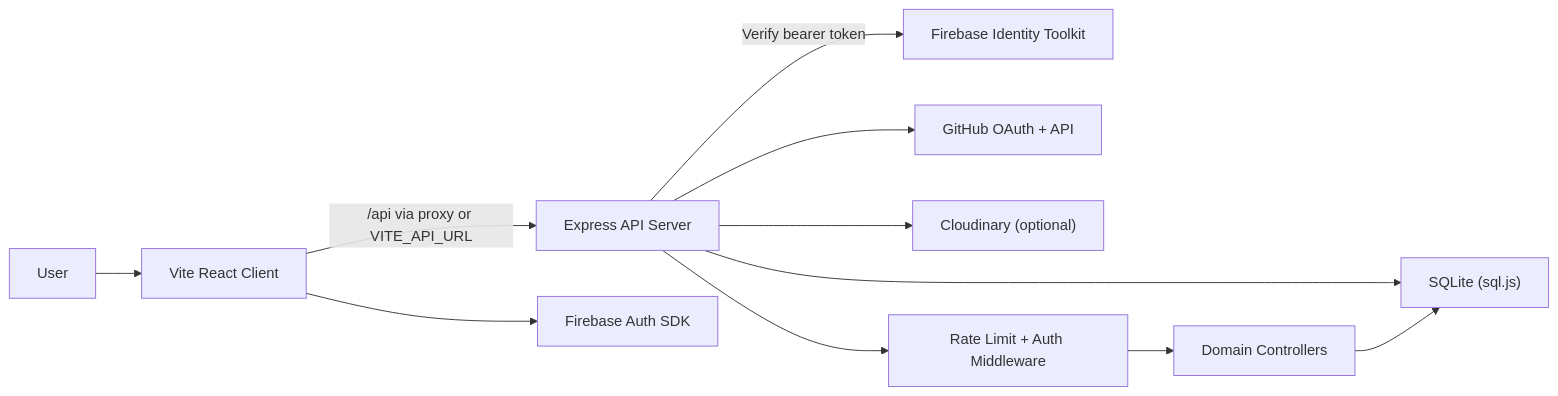
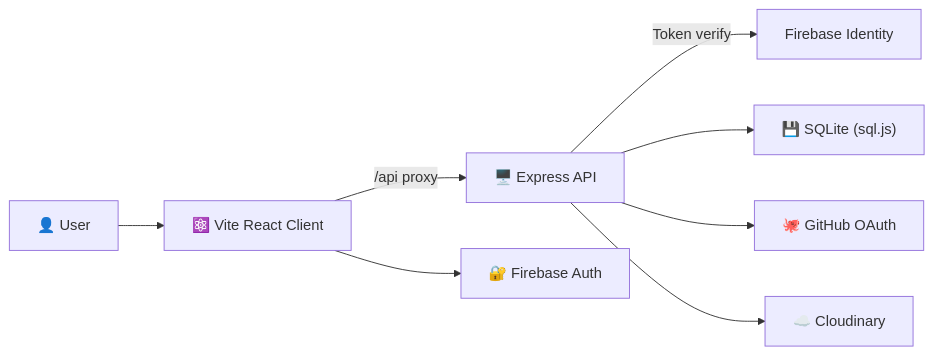
One commit to Adi-gitX/AXIOM changed the diagram in README.md. Above: the diagram before and after it, drawn with Mermaid. The commit also changed other lines of this file and 2 other files, not shown here.

````diff
--- a/README.md
+++ b/README.md
@@ -48,16 +85,10 @@
 ```mermaid
 graph LR
-    U["User"] --> C["Vite React Client"]
-    C -->|"/api via proxy or VITE_API_URL"| S["Express API Server"]
-
-    C --> F["Firebase Auth SDK"]
-    S -->|"Verify bearer token"| FI["Firebase Identity Toolkit"]
-
-    S --> DB["SQLite (sql.js)"]
-    S --> GH["GitHub OAuth + API"]
-    S --> CL["Cloudinary (optional)"]
-
-    S --> R["Rate Limit + Auth Middleware"]
-    R --> P["Domain Controllers"]
-    P --> DB
+    U["👤 User"] --> C["⚛️ Vite React Client"]
+    C -->|"/api proxy"| S["🖥️ Express API"]
+    C --> F["🔐 Firebase Auth"]
+    S -->|"Token verify"| FI["Firebase Identity"]
+    S --> DB["💾 SQLite (sql.js)"]
+    S --> GH["🐙 GitHub OAuth"]
+    S --> CL["☁️ Cloudinary"]
 ```
````
